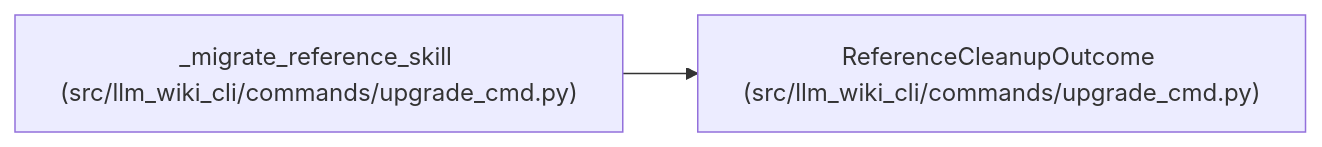
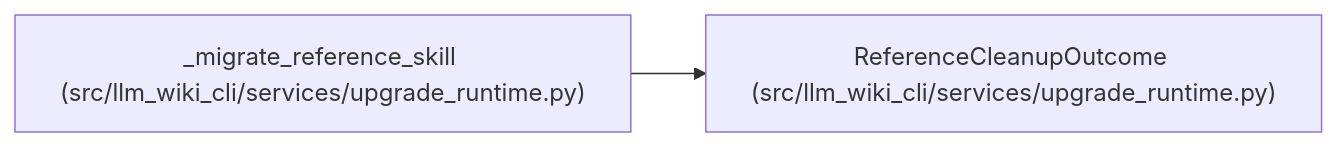
Before and after one commit to Denissvgn/python-wiki-llm: the diagram in docs/llm_wiki/entities/ReferenceCleanupOutcome.md, drawn with Mermaid. The commit also changed other lines of this file and 1555 other files, not shown here.

````diff
--- a/docs/llm_wiki/entities/ReferenceCleanupOutcome.md
+++ b/docs/llm_wiki/entities/ReferenceCleanupOutcome.md
@@ -29,8 +29,8 @@
 ```mermaid
 flowchart LR
-    n0["ReferenceCleanupOutcome (src/llm_wiki_cli/commands/upgrade_cmd.py)"]
-    n1["_migrate_reference_skill (src/llm_wiki_cli/commands/upgrade_cmd.py)"]
+    n0["ReferenceCleanupOutcome (src/llm_wiki_cli/services/upgrade_runtime.py)"]
+    n1["_migrate_reference_skill (src/llm_wiki_cli/services/upgrade_runtime.py)"]
     n1 --> n0
-    click n0 "../modules/upgrade_cmd.md"
-    click n1 "../modules/upgrade_cmd.md"
+    click n0 "../modules/upgrade_runtime.md"
+    click n1 "../modules/upgrade_runtime.md"
 ```
````
